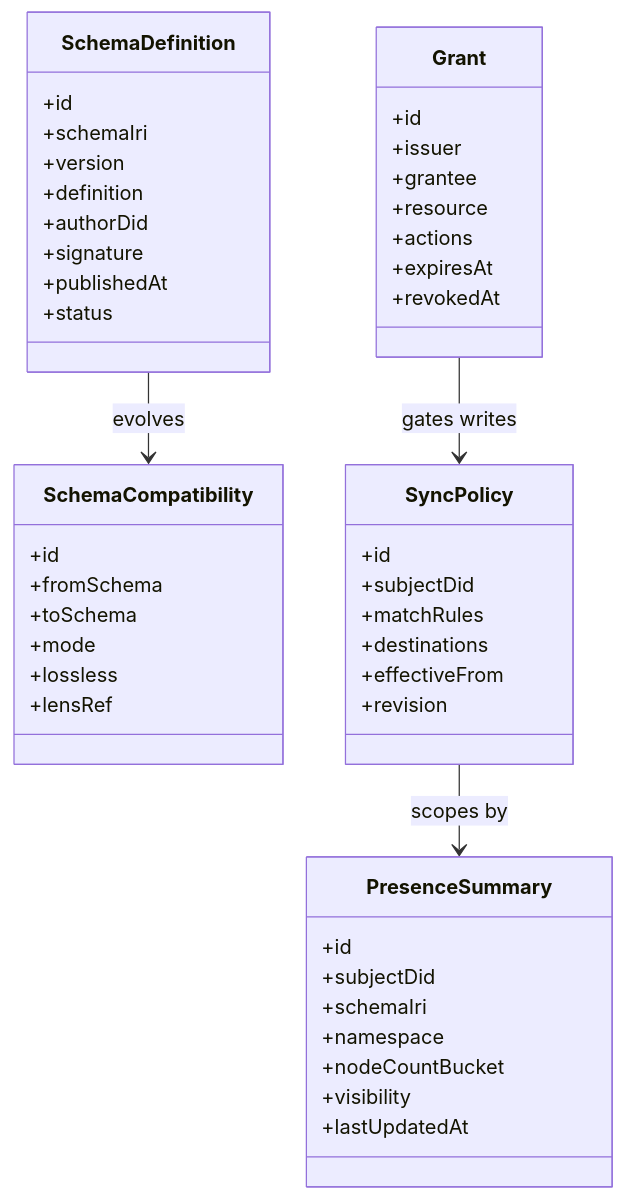
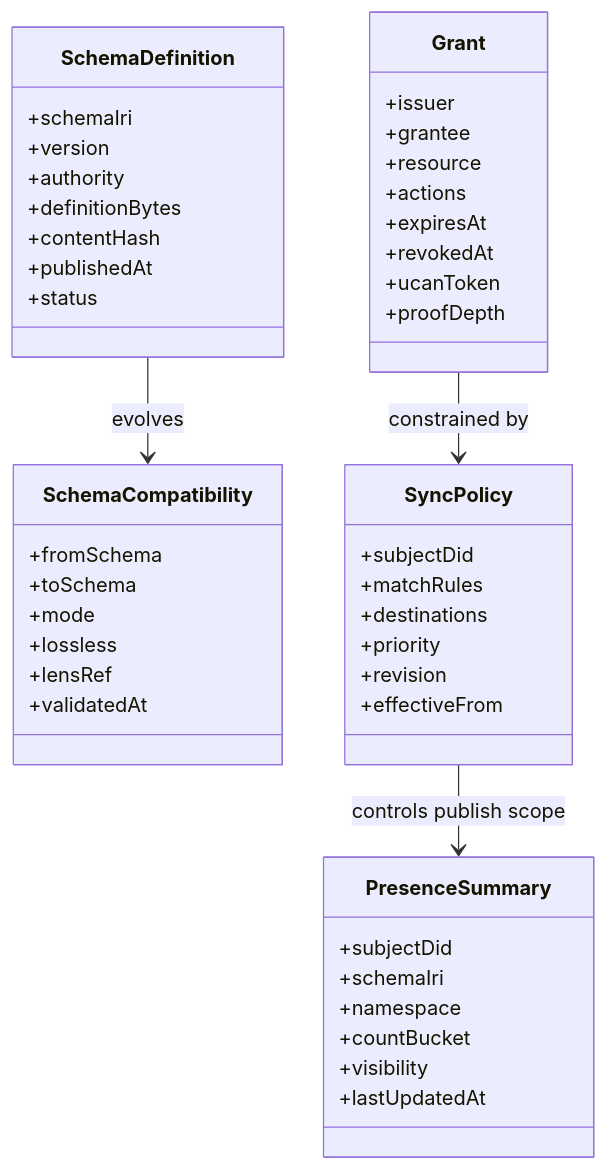
The second of 6 diagrams in docs/explorations/0093_[_]_NODE_NATIVE_GLOBAL_SCHEMA_FEDERATION_MODEL.md (crs48/xNet), drawn with Mermaid before and after one commit. The commit also changed other lines of this file, not shown here.

````diff
--- a/docs/explorations/0093_[_]_NODE_NATIVE_GLOBAL_SCHEMA_FEDERATION_MODEL.md
+++ b/docs/explorations/0093_[_]_NODE_NATIVE_GLOBAL_SCHEMA_FEDERATION_MODEL.md
@@ -103,55 +100,54 @@
 ```mermaid
 classDiagram
     class SchemaDefinition {
-      +id
       +schemaIri
       +version
-      +definition
-      +authorDid
-      +signature
+      +authority
+      +definitionBytes
+      +contentHash
       +publishedAt
       +status
     }
 
     class SchemaCompatibility {
-      +id
       +fromSchema
       +toSchema
       +mode
       +lossless
       +lensRef
+      +validatedAt
+    }
+
+    class SyncPolicy {
+      +subjectDid
+      +matchRules
+      +destinations
+      +priority
+      +revision
+      +effectiveFrom
     }
 
     class PresenceSummary {
-      +id
       +subjectDid
       +schemaIri
       +namespace
-      +nodeCountBucket
+      +countBucket
       +visibility
       +lastUpdatedAt
     }
 
-    class SyncPolicy {
-      +id
-      +subjectDid
-      +matchRules
-      +destinations
-      +effectiveFrom
-      +revision
-    }
-
     class Grant {
-      +id
       +issuer
       +grantee
       +resource
       +actions
       +expiresAt
       +revokedAt
+      +ucanToken
+      +proofDepth
     }
 
     SchemaDefinition --> SchemaCompatibility : evolves
-    SyncPolicy --> PresenceSummary : scopes by
-    Grant --> SyncPolicy : gates writes
+    SyncPolicy --> PresenceSummary : controls publish scope
+    Grant --> SyncPolicy : constrained by
 ```
````
